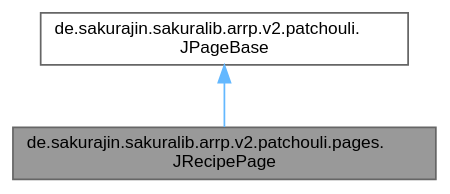
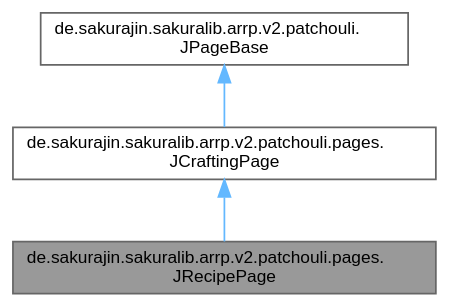
The diagram in classde_1_1sakurajin_1_1sakuralib_1_1arrp_1_1v2_1_1patchouli_1_1pages_1_1JRecipePage__coll__graph.dot (noah1510/sakura-lib), drawn with Graphviz before and after one commit. The commit also changed 186 other files, not shown here.

```diff
--- a/classde_1_1sakurajin_1_1sakuralib_1_1arrp_1_1v2_1_1patchouli_1_1pages_1_1JRecipePage__coll__graph.dot
+++ b/classde_1_1sakurajin_1_1sakuralib_1_1arrp_1_1v2_1_1patchouli_1_1pages_1_1JRecipePage__coll__graph.dot
@@ -1,10 +1,12 @@
 digraph "de.sakurajin.sakuralib.arrp.v2.patchouli.pages.JRecipePage"
 {
  // LATEX_PDF_SIZE
   bgcolor="transparent";
   edge [fontname=Helvetica,fontsize=10,labelfontname=Helvetica,labelfontsize=10];
   node [fontname=Helvetica,fontsize=10,shape=box,height=0.2,width=0.4];
   Node1 [label="de.sakurajin.sakuralib.arrp.v2.patchouli.pages.\lJRecipePage",height=0.2,width=0.4,color="gray40", fillcolor="grey60", style="filled", fontcolor="black",tooltip="A page containing 1 or 2 recipes."];
   Node2 -> Node1 [dir="back",color="steelblue1",style="solid"];
-  Node2 [label="de.sakurajin.sakuralib.arrp.v2.patchouli.\lJPageBase",height=0.2,width=0.4,color="gray40", fillcolor="white", style="filled",URL="$classde_1_1sakurajin_1_1sakuralib_1_1arrp_1_1v2_1_1patchouli_1_1JPageBase.html",tooltip="Base class for all pages This only contains the basic data common across all page types."];
+  Node2 [label="de.sakurajin.sakuralib.arrp.v2.patchouli.pages.\lJCraftingPage",height=0.2,width=0.4,color="gray40", fillcolor="white", style="filled",URL="$classde_1_1sakurajin_1_1sakuralib_1_1arrp_1_1v2_1_1patchouli_1_1pages_1_1JCraftingPage.html",tooltip="A page containing 1 or 2 crafting recipes."];
+  Node3 -> Node2 [dir="back",color="steelblue1",style="solid"];
+  Node3 [label="de.sakurajin.sakuralib.arrp.v2.patchouli.\lJPageBase",height=0.2,width=0.4,color="gray40", fillcolor="white", style="filled",URL="$classde_1_1sakurajin_1_1sakuralib_1_1arrp_1_1v2_1_1patchouli_1_1JPageBase.html",tooltip="Base class for all pages This only contains the basic data common across all page types."];
 }
```
